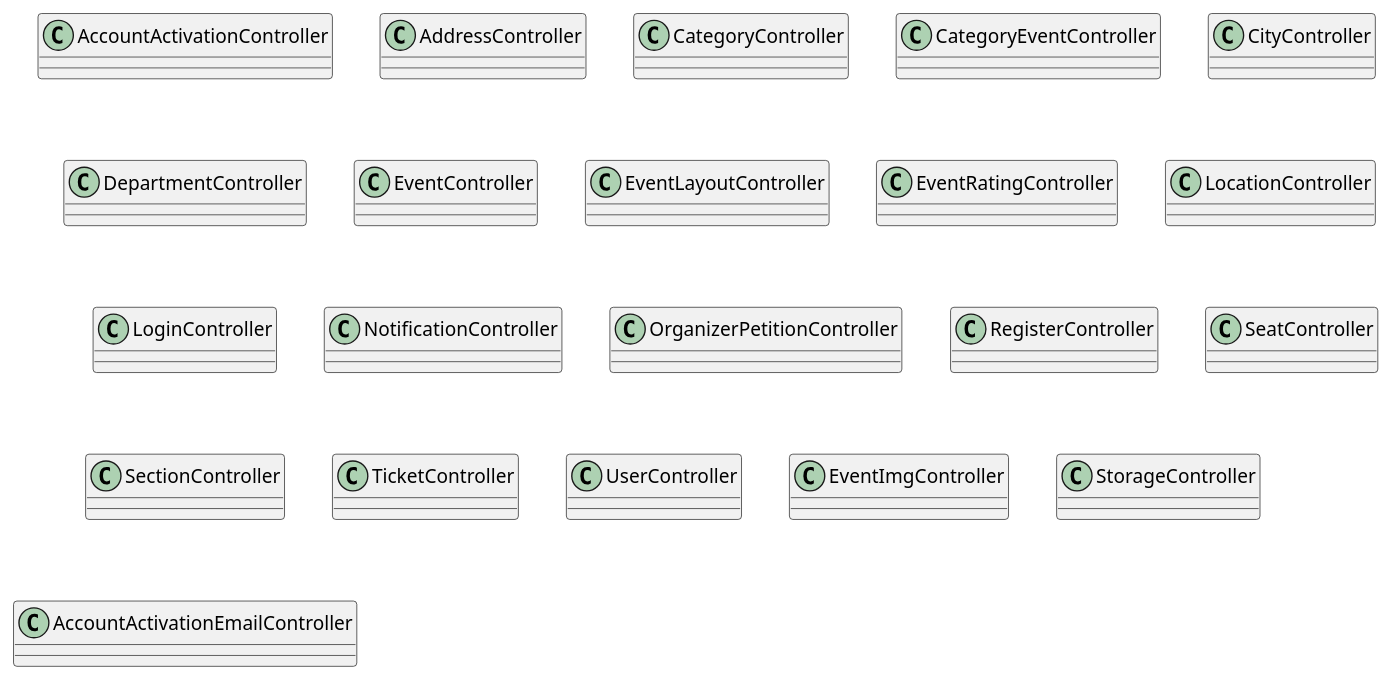
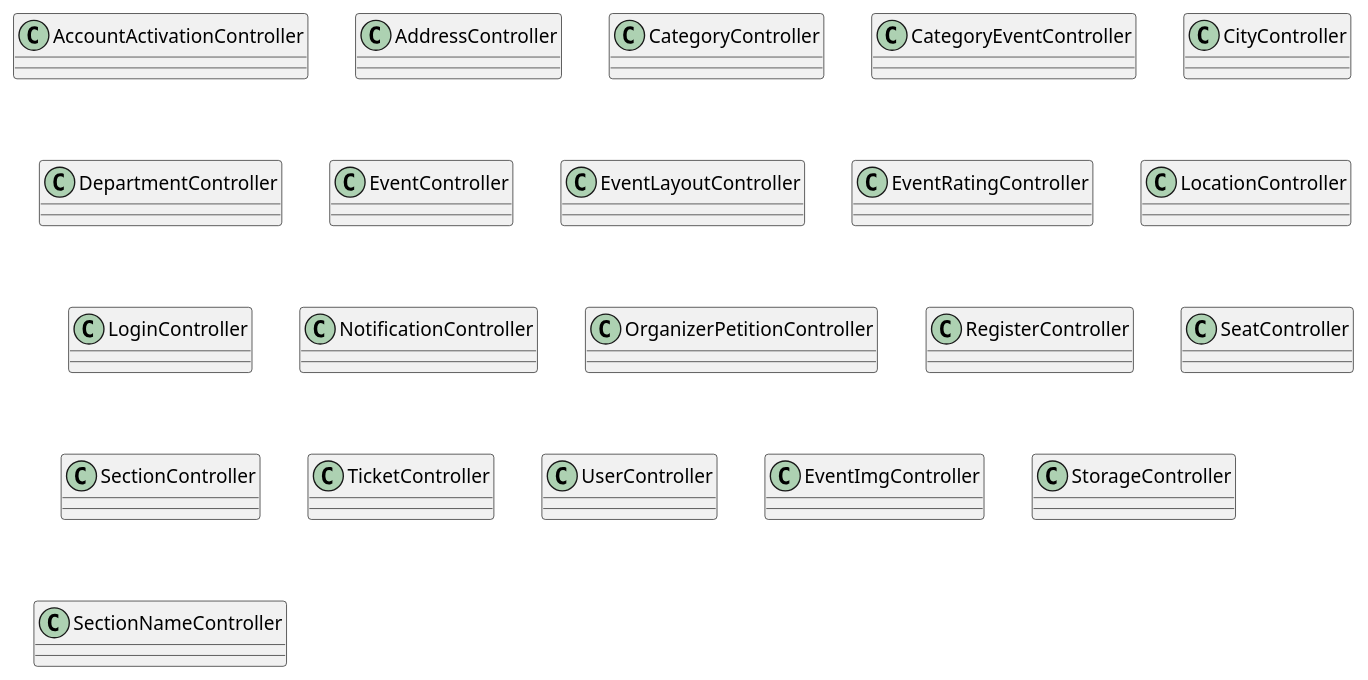
Before and after one commit to lozano2303/tu-evento: the diagram in architecture/class diagram/class diagram controller simple.puml, drawn with PlantUML. The commit also changed 1 other file, not shown here.

Commit message:
update(class diagrams): Updated controller diagrams

```diff
--- a/architecture/class diagram/class diagram controller simple.puml
+++ b/architecture/class diagram/class diagram controller simple.puml
@@ -1,66 +1,66 @@
 @startuml Simple Controller Class Diagram
 
 class AccountActivationController {
 }
 
 class AddressController {
 }
 
 class CategoryController {
 }
 
 class CategoryEventController {
 }
 
 class CityController {
 }
 
 class DepartmentController {
 }
 
 class EventController {
 }
 
 class EventLayoutController {
 }
 
 class EventRatingController {
 }
 
 class LocationController {
 }
 
 class LoginController {
 }
 
 class NotificationController {
 }
 
 class OrganizerPetitionController {
 }
 
 class RegisterController {
 }
 
 class SeatController {
 }
 
 class SectionController {
 }
 
 class TicketController {
 }
 
 class UserController {
 }
 
 class EventImgController {
 }
 
 class StorageController {
 }
 
-class AccountActivationEmailController {
+class SectionNameController {
 }
 
 @enduml
```
